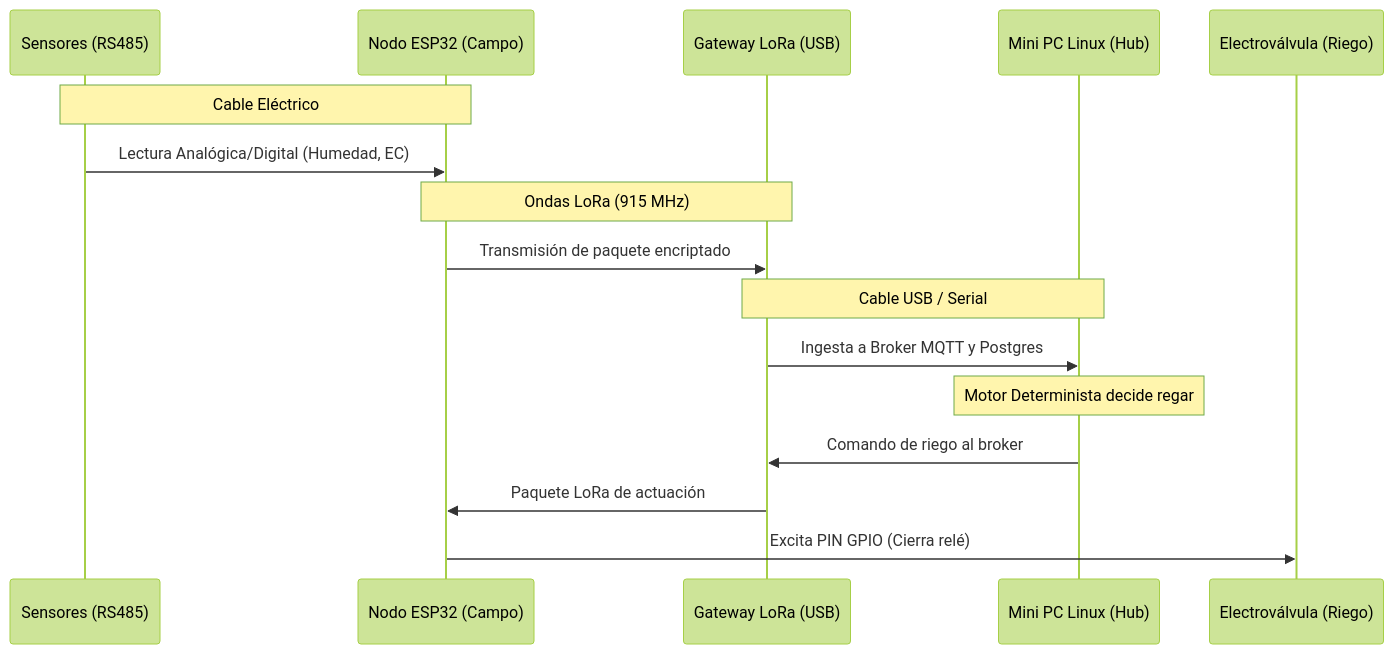
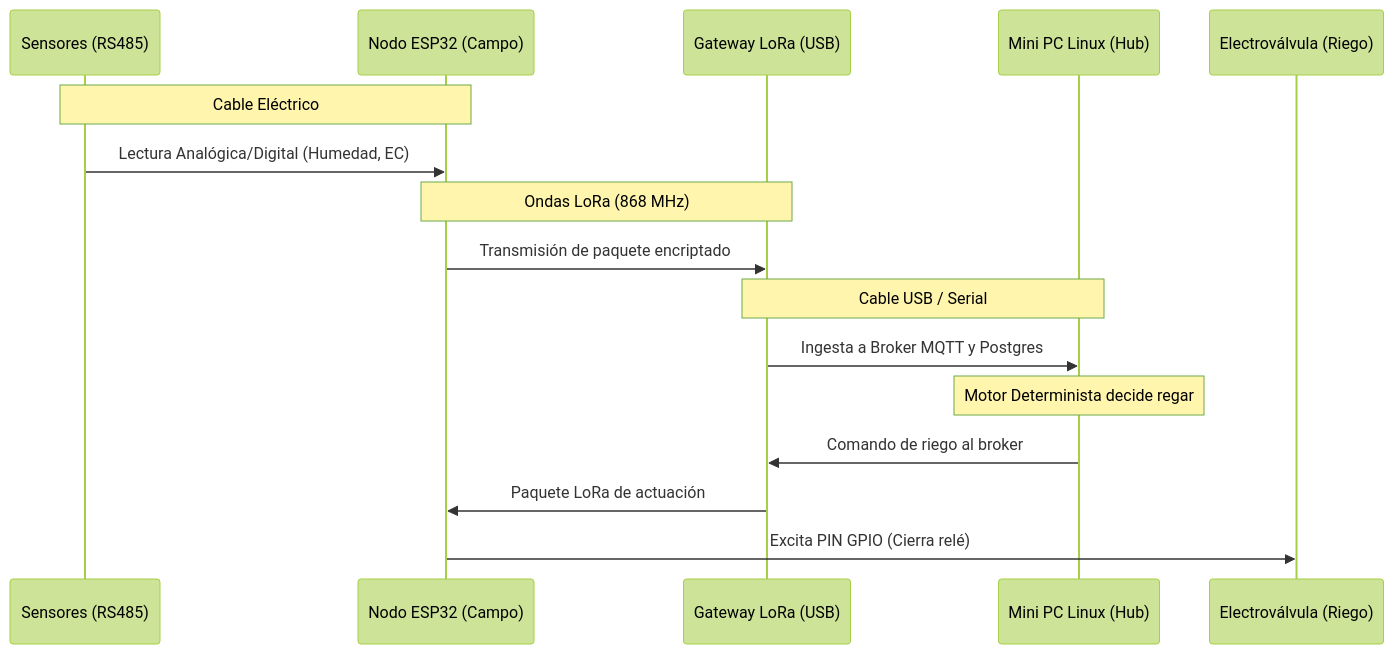
Before and after one commit to matichanx3x3/HumanitIA-Docs: the first of 2 diagrams in Obsidian/03_Documentacion_Tecnica/Hardware_y_Fisico.md, drawn with Mermaid (forest theme). The commit also changed other lines of this file and 16 other files, not shown here.

````diff
--- a/Obsidian/03_Documentacion_Tecnica/Hardware_y_Fisico.md
+++ b/Obsidian/03_Documentacion_Tecnica/Hardware_y_Fisico.md
@@ -39,21 +39,21 @@
 ```mermaid
 sequenceDiagram
     participant Campo as Sensores (RS485)
     participant Nodo as Nodo ESP32 (Campo)
     participant Gateway as Gateway LoRa (USB)
     participant Hub as Mini PC Linux (Hub)
     participant Rele as Electroválvula (Riego)
 
     Note over Campo, Nodo: Cable Eléctrico
     Campo->>Nodo: Lectura Analógica/Digital (Humedad, EC)
-    Note over Nodo, Gateway: Ondas LoRa (915 MHz)
+    Note over Nodo, Gateway: Ondas LoRa (868 MHz)
     Nodo->>Gateway: Transmisión de paquete encriptado
     Note over Gateway, Hub: Cable USB / Serial
     Gateway->>Hub: Ingesta a Broker MQTT y Postgres
     
     Note over Hub: Motor Determinista decide regar
     
     Hub->>Gateway: Comando de riego al broker
     Gateway->>Nodo: Paquete LoRa de actuación
     Nodo->>Rele: Excita PIN GPIO (Cierra relé)
 ```
````
